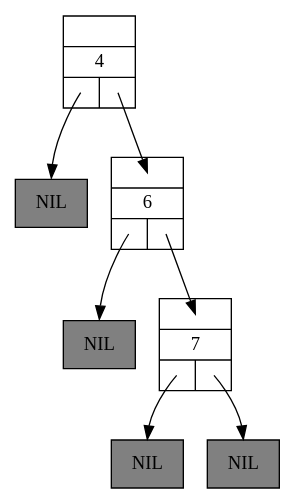
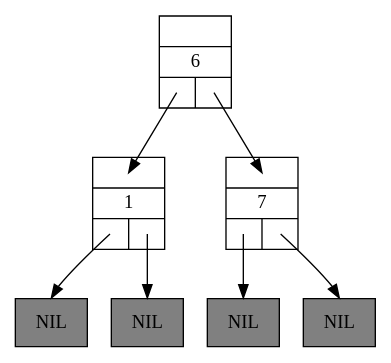
The diagram in Algo3/base_code_lab5/Code/thetree-5.dot (NOTuglyduckling/C), drawn with Graphviz before and after one commit. The commit also changed 66 other files, not shown here.

```diff
--- a/Algo3/base_code_lab5/Code/thetree-5.dot
+++ b/Algo3/base_code_lab5/Code/thetree-5.dot
@@ -1,19 +1,19 @@
 digraph BinarySearchTree4 {
 	graph [ranksep=0.5];
 	node [shape = record];
 
-	n4 [label="{{<parent>}|4|{<left>|<right>}}"];
-	lnil4 [style=filled, fillcolor=grey, label="NIL"];
-	n4:left:c -> lnil4:n [headclip=false, tailclip=false]
-	n4:right:c -> n6:parent:c [headclip=false, tailclip=false]
+	n1 [label="{{<parent>}|1|{<left>|<right>}}"];
+	lnil1 [style=filled, fillcolor=grey, label="NIL"];
+	n1:left:c -> lnil1:n [headclip=false, tailclip=false]
+	rnil1 [style=filled, fillcolor=grey, label="NIL"];
+	n1:right:c -> rnil1:n [headclip=false, tailclip=false]
 	n6 [label="{{<parent>}|6|{<left>|<right>}}"];
-	lnil6 [style=filled, fillcolor=grey, label="NIL"];
-	n6:left:c -> lnil6:n [headclip=false, tailclip=false]
+	n6:left:c -> n1:parent:c [headclip=false, tailclip=false]
 	n6:right:c -> n7:parent:c [headclip=false, tailclip=false]
 	n7 [label="{{<parent>}|7|{<left>|<right>}}"];
 	lnil7 [style=filled, fillcolor=grey, label="NIL"];
 	n7:left:c -> lnil7:n [headclip=false, tailclip=false]
 	rnil7 [style=filled, fillcolor=grey, label="NIL"];
 	n7:right:c -> rnil7:n [headclip=false, tailclip=false]
 
 }
```
